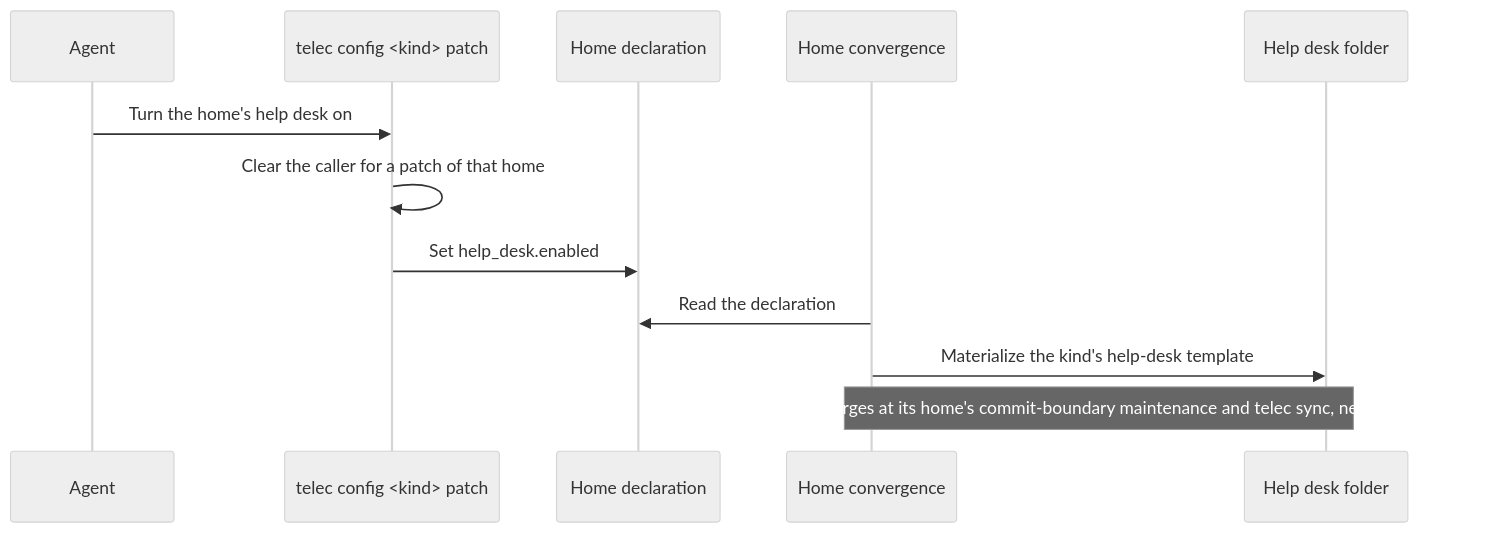
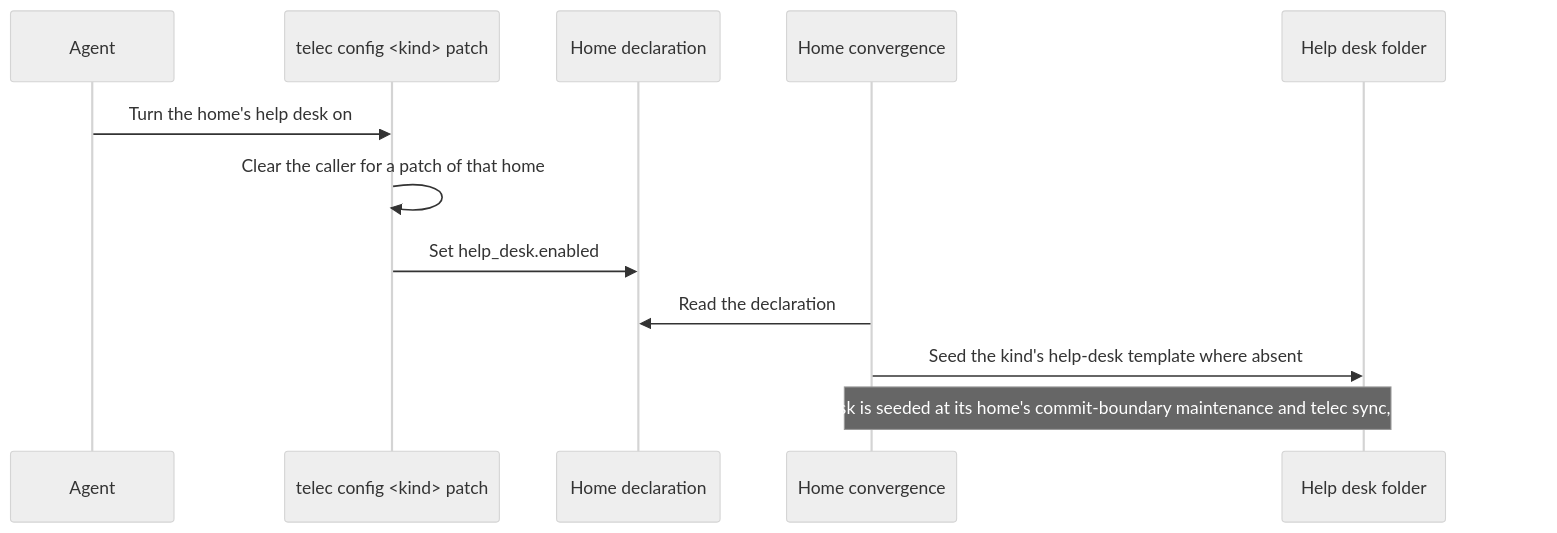
Before and after one commit to InstruktAI/TeleClaude: diagram 11 of 11 in docs/local/design/architecture/help-desk-platform.md, drawn with Mermaid (neutral theme). The commit also changed other lines of this file and 16 other files, not shown here.

First line of the commit message:
docs: align help-desks-as-deployment-output to masters seeded once and tracked

````diff
--- a/docs/local/design/architecture/help-desk-platform.md
+++ b/docs/local/design/architecture/help-desk-platform.md
@@ -740,15 +741,15 @@
 ```mermaid
 sequenceDiagram
     participant Agent
     participant Patch as telec config <kind> patch
     participant Config as Home declaration
     participant Converge as Home convergence
     participant FS as Help desk folder
 
     Agent->>Patch: Turn the home's help desk on
     Patch->>Patch: Clear the caller for a patch of that home
     Patch->>Config: Set help_desk.enabled
     Converge->>Config: Read the declaration
-    Converge->>FS: Materialize the kind's help-desk template
-    Note over Converge,FS: Every desk converges at its home's commit-boundary maintenance and telec sync, never at installation
+    Converge->>FS: Seed the kind's help-desk template where absent
+    Note over Converge,FS: Every templated desk is seeded at its home's commit-boundary maintenance and telec sync, never at installation
 ```
````
